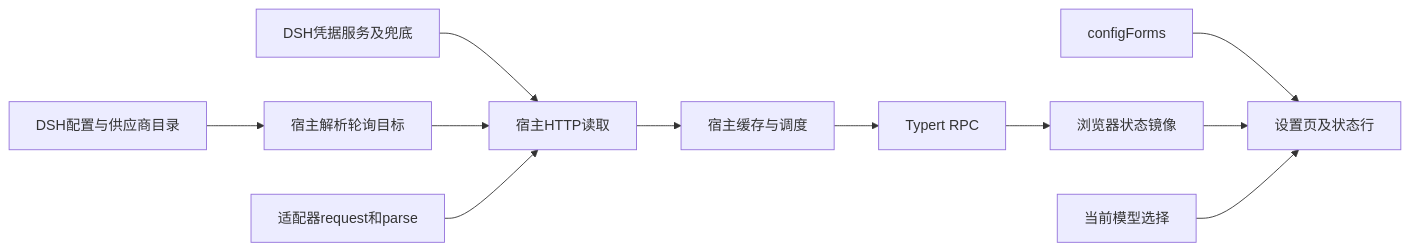
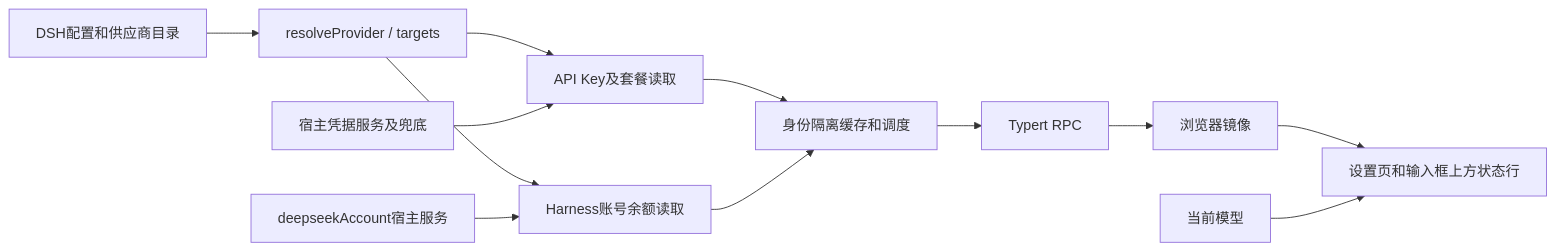
The diagram in docs/architecture.md (takboo/dsh-usage-state), drawn with Mermaid before and after one commit. The commit also changed other lines of this file and 49 other files, not shown here.

````diff
--- a/docs/architecture.md
+++ b/docs/architecture.md
@@ -7,13 +7,14 @@
 ```mermaid
 flowchart LR
-  DSH[DSH配置与供应商目录] --> Targets[宿主解析轮询目标]
-  Keys[DSH凭据服务及兜底] --> Reader[宿主HTTP读取]
-  Targets --> Reader
-  Adapters[适配器request和parse] --> Reader
-  Reader --> Store[宿主缓存与调度]
+  DSH[DSH配置和供应商目录] --> Targets[resolveProvider / targets]
+  Targets --> API[API Key及套餐读取]
+  Targets --> Account[Harness账号余额读取]
+  Keys[宿主凭据服务及兜底] --> API
+  Login[deepseekAccount宿主服务] --> Account
+  API --> Store[身份隔离缓存和调度]
+  Account --> Store
   Store --> RPC[Typert RPC]
-  RPC --> Client[浏览器状态镜像]
-  Forms[configForms] --> UI[设置页及状态行]
-  Client --> UI
-  Model[当前模型选择] --> UI
+  RPC --> Client[浏览器镜像]
+  Client --> UI[设置页和输入框上方状态行]
+  Model[当前模型] --> UI
 ```
````
